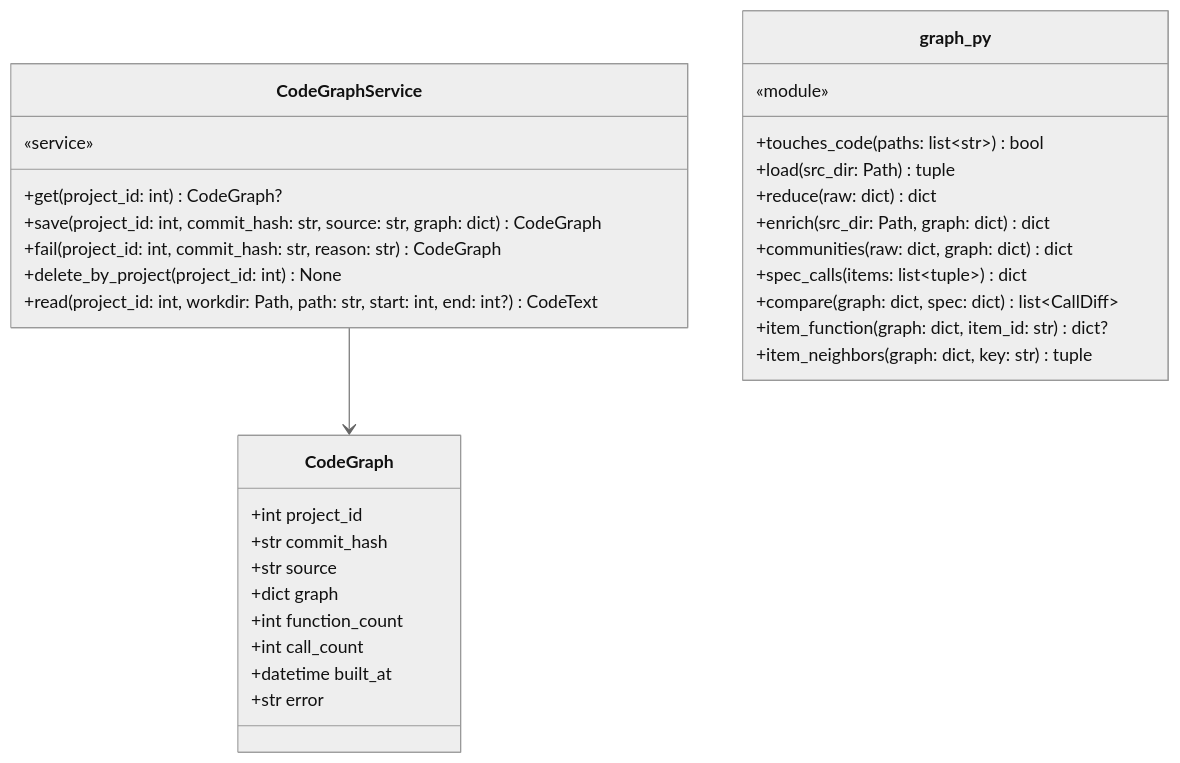
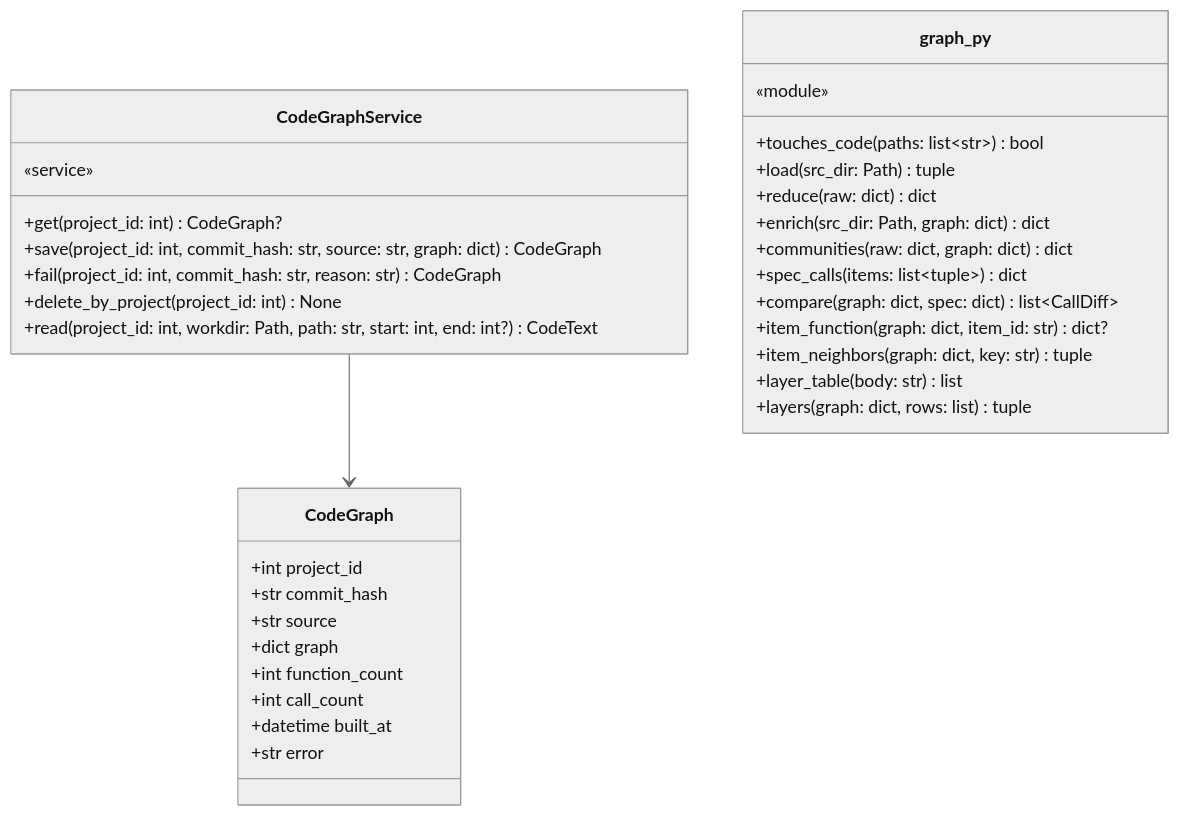
One commit to HoyoungParkme/syncdoc changed diagram 22 of 22 in docs/specs/06-DOM/SYNC-DOM-002.md. Above: the diagram before and after it, drawn with Mermaid (neutral theme). The commit also changed other lines of this file and 28 other files, not shown here.

````diff
--- a/docs/specs/06-DOM/SYNC-DOM-002.md
+++ b/docs/specs/06-DOM/SYNC-DOM-002.md
@@ -1235,34 +1258,36 @@
 ```mermaid
 classDiagram
     class CodeGraphService {
         «service»
         +get(project_id: int) CodeGraph?
         +save(project_id: int, commit_hash: str, source: str, graph: dict) CodeGraph
         +fail(project_id: int, commit_hash: str, reason: str) CodeGraph
         +delete_by_project(project_id: int) None
         +read(project_id: int, workdir: Path, path: str, start: int, end: int?) CodeText
     }
     class graph_py {
         «module»
         +touches_code(paths: list~str~) bool
         +load(src_dir: Path) tuple
         +reduce(raw: dict) dict
         +enrich(src_dir: Path, graph: dict) dict
         +communities(raw: dict, graph: dict) dict
         +spec_calls(items: list~tuple~) dict
         +compare(graph: dict, spec: dict) list~CallDiff~
         +item_function(graph: dict, item_id: str) dict?
         +item_neighbors(graph: dict, key: str) tuple
+        +layer_table(body: str) list
+        +layers(graph: dict, rows: list) tuple
     }
     class CodeGraph {
         +int project_id
         +str commit_hash
         +str source
         +dict graph
         +int function_count
         +int call_count
         +datetime built_at
         +str error
     }
     CodeGraphService --> CodeGraph
 ```
````
